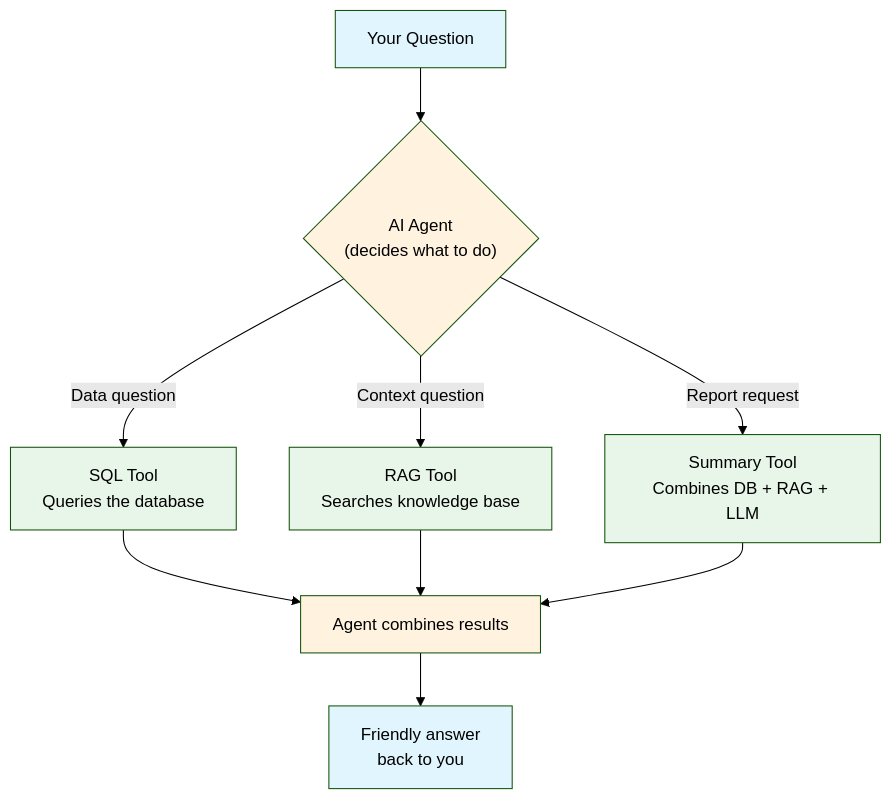
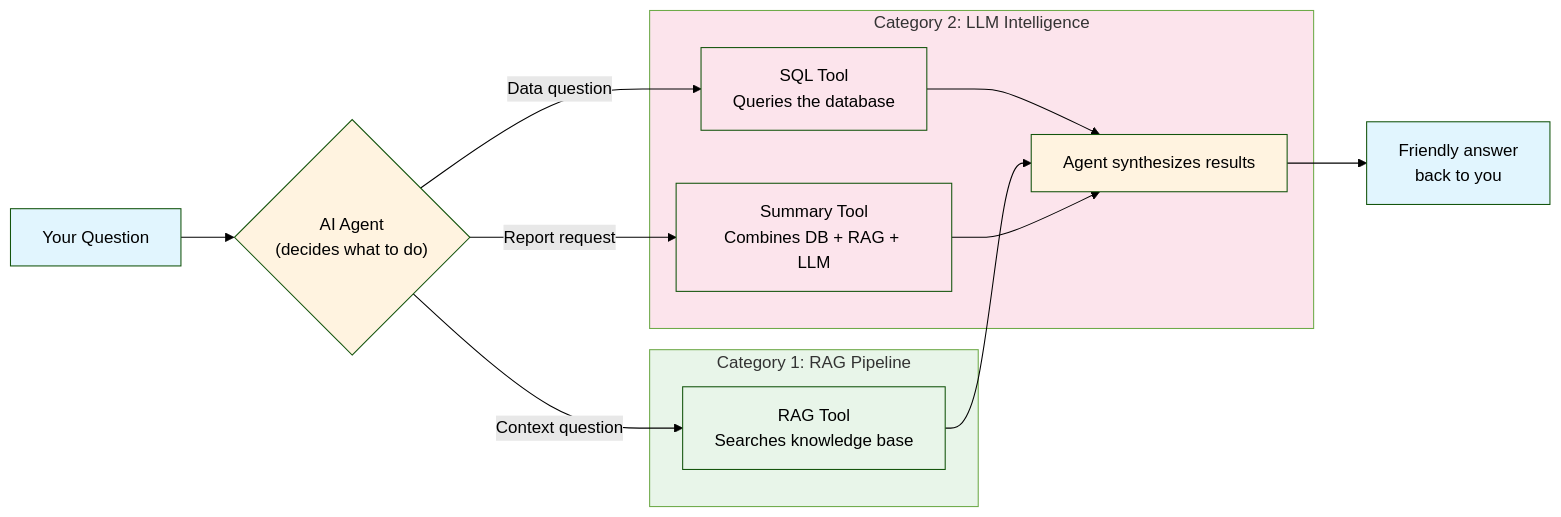
One commit to aakashkumar1980/certifications-aiml changed the second of 3 diagrams in dimo_project/campaign_performance_analysis/README.md. Above: the diagram before and after it, drawn with Mermaid (forest theme). The commit also changed other lines of this file and 5 other files, not shown here.

First line of the commit message:
Add Step labels to LLM tools and update all documentation with two-category architecture

````diff
--- a/dimo_project/campaign_performance_analysis/README.md
+++ b/dimo_project/campaign_performance_analysis/README.md
@@ -199,19 +254,32 @@
 ```mermaid
-flowchart TD
+flowchart LR
     Q["Your Question"] --> Agent{"AI Agent<br/>(decides what to do)"}
-    Agent -->|Data question| SQL["SQL Tool<br/>Queries the database"]
-    Agent -->|Context question| RAG["RAG Tool<br/>Searches knowledge base"]
-    Agent -->|Report request| Report["Summary Tool<br/>Combines DB + RAG + LLM"]
-    SQL --> Combine["Agent combines results"]
+
+    subgraph cat1["Category 1: RAG Pipeline"]
+        RAG["RAG Tool<br/>Searches knowledge base"]
+    end
+
+    subgraph cat2["Category 2: LLM Intelligence"]
+        SQL["SQL Tool<br/>Queries the database"]
+        Report["Summary Tool<br/>Combines DB + RAG + LLM"]
+        Combine["Agent synthesizes results"]
+    end
+
+    Agent -->|Data question| SQL
+    Agent -->|Context question| RAG
+    Agent -->|Report request| Report
+    SQL --> Combine
     RAG --> Combine
     Report --> Combine
     Combine --> Answer["Friendly answer<br/>back to you"]
 
     style Q fill:#e1f5fe
     style Agent fill:#fff3e0
-    style SQL fill:#e8f5e9
+    style cat1 fill:#e8f5e9
+    style cat2 fill:#fce4ec
+    style SQL fill:#fce4ec
     style RAG fill:#e8f5e9
-    style Report fill:#e8f5e9
+    style Report fill:#fce4ec
     style Combine fill:#fff3e0
     style Answer fill:#e1f5fe
 ```
````
